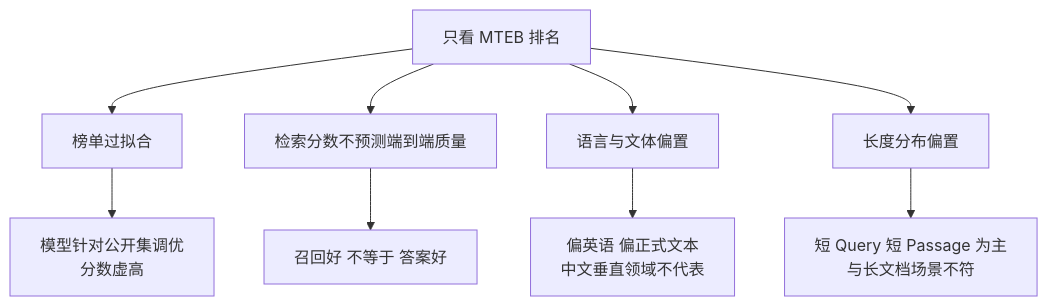
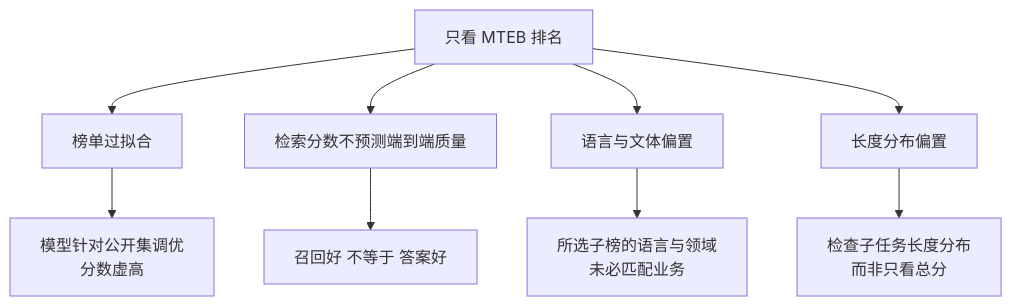
The first of 3 diagrams in docs/rag/02-ingestion-indexing/07-embedding-selection.md (oneleaveknowsthefall/awesome-ai-roadmap), drawn with Mermaid before and after one commit. The commit also changed other lines of this file and 24 other files, not shown here.

````diff
--- a/docs/rag/02-ingestion-indexing/07-embedding-selection.md
+++ b/docs/rag/02-ingestion-indexing/07-embedding-selection.md
@@ -19,12 +19,12 @@
 ```mermaid
 flowchart TB
     M[只看 MTEB 排名] --> P1[榜单过拟合]
     M --> P2[检索分数不预测端到端质量]
     M --> P3[语言与文体偏置]
     M --> P4[长度分布偏置]
 
     P1 --> D1[模型针对公开集调优<br/>分数虚高]
     P2 --> D2[召回好 不等于 答案好]
-    P3 --> D3[偏英语 偏正式文本<br/>中文垂直领域不代表]
-    P4 --> D4[短 Query 短 Passage 为主<br/>与长文档场景不符]
+    P3 --> D3[所选子榜的语言与领域<br/>未必匹配业务]
+    P4 --> D4[检查子任务长度分布<br/>而非只看总分]
 ```
````
